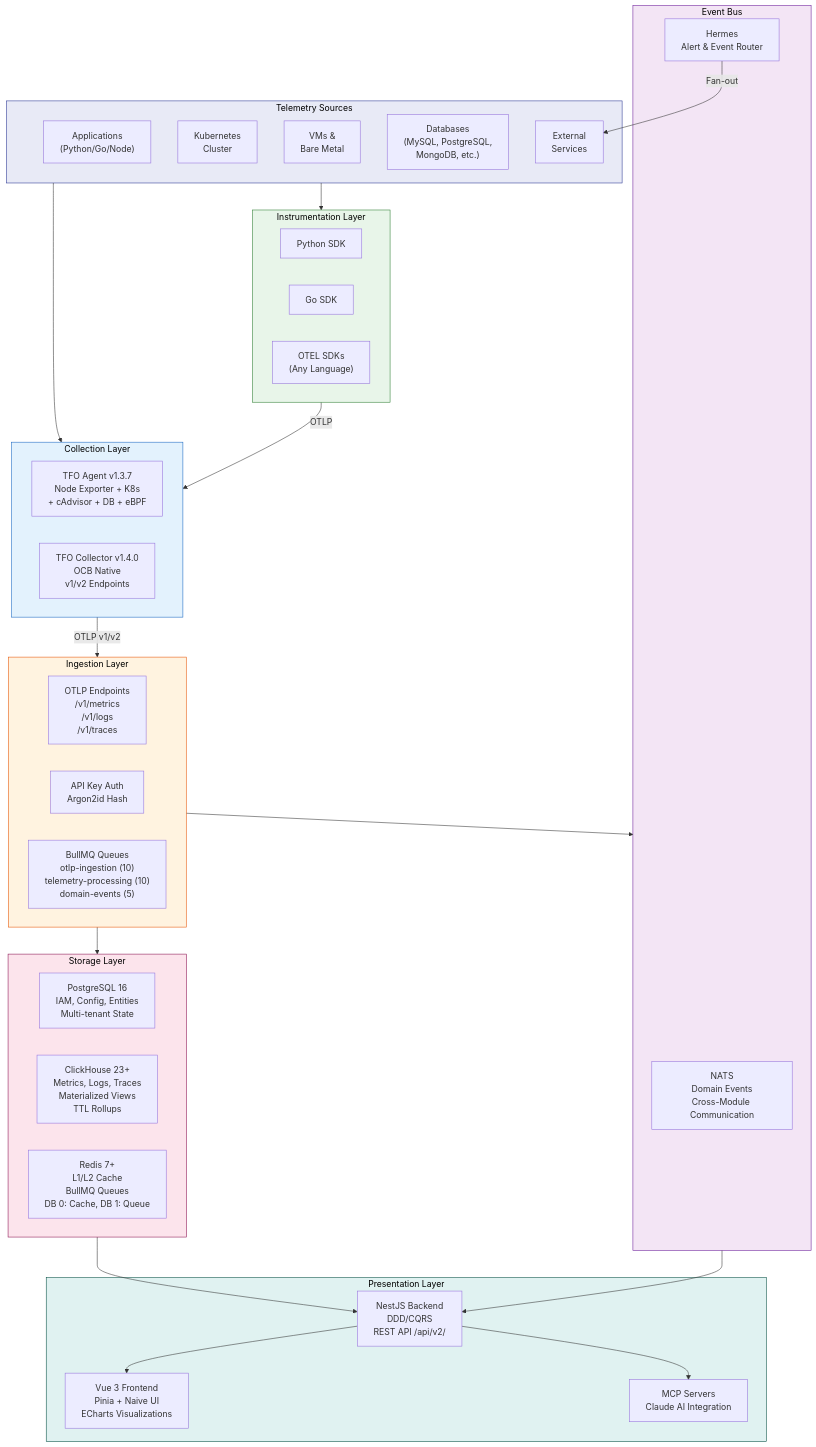
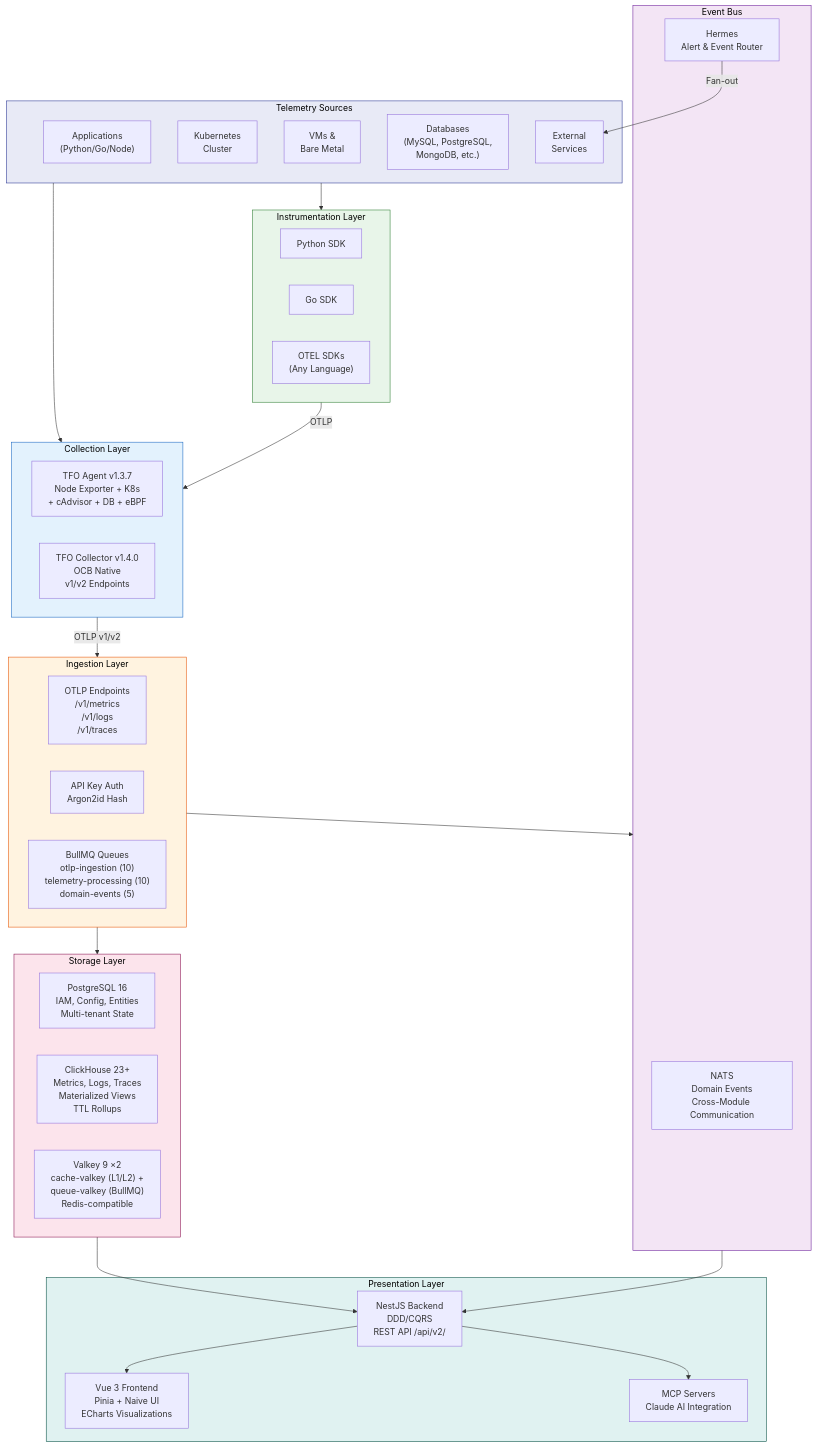
The third of 18 diagrams in profile/README.md (telemetryflow/.github), drawn with Mermaid before and after one commit. The commit also changed other lines of this file and 1 other file, not shown here.

First line of the commit message:
docs: add v2.6.0 capabilities (TFO-Sentry, agent deploy/RUM, collector 0.165) + Redis->Valkey

````diff
--- a/profile/README.md
+++ b/profile/README.md
@@ -390,64 +390,64 @@
 ```mermaid
 flowchart TB
     subgraph Sources["Telemetry Sources"]
         APP1["Applications<br/>(Python/Go/Node)"]
         K8S["Kubernetes<br/>Cluster"]
         VM["VMs &<br/>Bare Metal"]
         DB["Databases<br/>(MySQL, PostgreSQL,<br/>MongoDB, etc.)"]
         EXT["External<br/>Services"]
     end
 
     subgraph SDKs["Instrumentation Layer"]
         PSDK["Python SDK"]
         GSDK["Go SDK"]
         OTEL["OTEL SDKs<br/>(Any Language)"]
     end
 
     subgraph Collection["Collection Layer"]
         AGENT["TFO Agent v1.3.7<br/>Node Exporter + K8s<br/>+ cAdvisor + DB + eBPF"]
         TFOC["TFO Collector v1.4.0<br/>OCB Native<br/>v1/v2 Endpoints"]
     end
 
     subgraph Ingestion["Ingestion Layer"]
         OTLP_EP["OTLP Endpoints<br/>/v1/metrics<br/>/v1/logs<br/>/v1/traces"]
         AUTH["API Key Auth<br/>Argon2id Hash"]
         QUEUE["BullMQ Queues<br/>otlp-ingestion (10)<br/>telemetry-processing (10)<br/>domain-events (5)"]
     end
 
     subgraph Storage["Storage Layer"]
         PG["PostgreSQL 16<br/>IAM, Config, Entities<br/>Multi-tenant State"]
         CH["ClickHouse 23+<br/>Metrics, Logs, Traces<br/>Materialized Views<br/>TTL Rollups"]
-        RD["Redis 7+<br/>L1/L2 Cache<br/>BullMQ Queues<br/>DB 0: Cache, DB 1: Queue"]
+        RD["Valkey 9 ×2<br/>cache-valkey (L1/L2) +<br/>queue-valkey (BullMQ)<br/>Redis-compatible"]
     end
 
     subgraph Messaging["Event Bus"]
         NATS["NATS<br/>Domain Events<br/>Cross-Module Communication"]
         HERMES["Hermes<br/>Alert & Event Router"]
     end
 
     subgraph Presentation["Presentation Layer"]
         BE["NestJS Backend<br/>DDD/CQRS<br/>REST API /api/v2/"]
         FE["Vue 3 Frontend<br/>Pinia + Naive UI<br/>ECharts Visualizations"]
         MCP["MCP Servers<br/>Claude AI Integration"]
     end
 
     Sources --> SDKs
     Sources --> Collection
     SDKs -->|"OTLP"| Collection
     Collection -->|"OTLP v1/v2"| Ingestion
     Ingestion --> Storage
     Ingestion --> Messaging
     Storage --> BE
     Messaging --> BE
     BE --> FE
     BE --> MCP
     HERMES -->|"Fan-out"| EXT
 
     style Sources fill:#e8eaf6,stroke:#283593,color:#000
     style SDKs fill:#e8f5e9,stroke:#2e7d32,color:#000
     style Collection fill:#e3f2fd,stroke:#1565c0,color:#000
     style Ingestion fill:#fff3e0,stroke:#e65100,color:#000
     style Storage fill:#fce4ec,stroke:#880e4f,color:#000
     style Messaging fill:#f3e5f5,stroke:#6a1b9a,color:#000
     style Presentation fill:#e0f2f1,stroke:#004d40,color:#000
 ```
````
